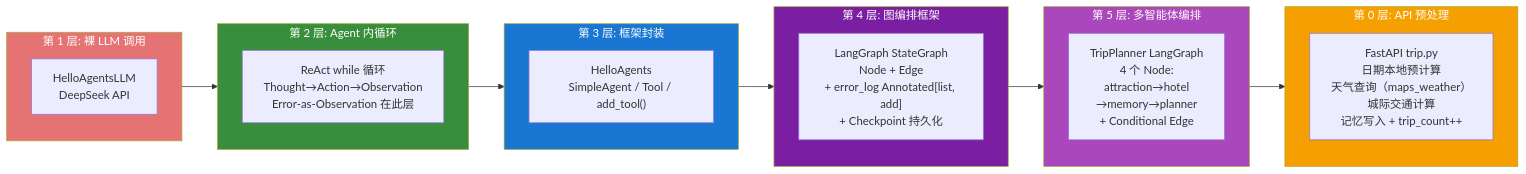
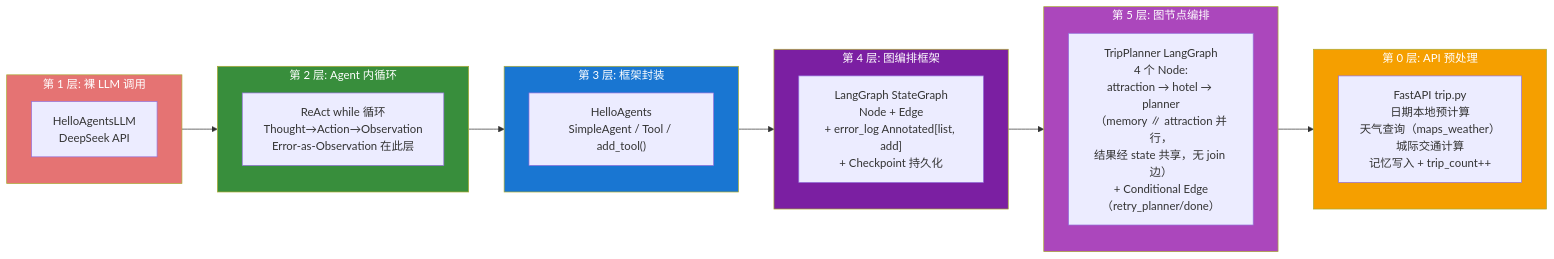
Before and after one commit to SuperGODOG/tripplanner: the seventh of 7 diagrams in ARCHITECTURE.md, drawn with Mermaid. The commit also changed other lines of this file and 25 other files, not shown here.

````diff
--- a/ARCHITECTURE.md
+++ b/ARCHITECTURE.md
@@ -359,41 +347,41 @@
 ```mermaid
 flowchart LR
-    subgraph L5["第 5 层: 多智能体编排"]
+    subgraph L5["第 5 层: 图节点编排"]
         direction TB
-        N5["TripPlanner LangGraph<br/>4 个 Node:<br/>attraction→hotel<br/>→memory→planner<br/>+ Conditional Edge"]
+        N5["TripPlanner LangGraph<br/>4 个 Node:<br/>attraction → hotel → planner<br/>（memory ∥ attraction 并行，<br/>结果经 state 共享，无 join 边）<br/>+ Conditional Edge（retry_planner/done）"]
     end
 
     subgraph L4["第 4 层: 图编排框架"]
         direction TB
         N4["LangGraph StateGraph<br/>Node + Edge<br/>+ error_log Annotated[list, add]<br/>+ Checkpoint 持久化"]
     end
 
     subgraph L3["第 3 层: 框架封装"]
         direction TB
         N3["HelloAgents<br/>SimpleAgent / Tool / add_tool()"]
     end
 
     subgraph L2["第 2 层: Agent 内循环"]
         direction TB
         N2["ReAct while 循环<br/>Thought→Action→Observation<br/>Error-as-Observation 在此层"]
     end
 
     subgraph L1["第 1 层: 裸 LLM 调用"]
         direction TB
         N1["HelloAgentsLLM<br/>DeepSeek API"]
     end
 
     subgraph L0["第 0 层: API 预处理"]
         direction TB
         N0["FastAPI trip.py<br/>日期本地预计算<br/>天气查询（maps_weather）<br/>城际交通计算<br/>记忆写入 + trip_count++"]
     end
 
     N1 --> N2 --> N3 --> N4 --> N5 --> N0
 
     style L5 fill:#ab47bc,color:#fff
     style L4 fill:#7b1fa2,color:#fff
     style L3 fill:#1976d2,color:#fff
     style L2 fill:#388e3c,color:#fff
     style L1 fill:#e57373,color:#fff
     style L0 fill:#f59f00,color:#fff
 ```
````
